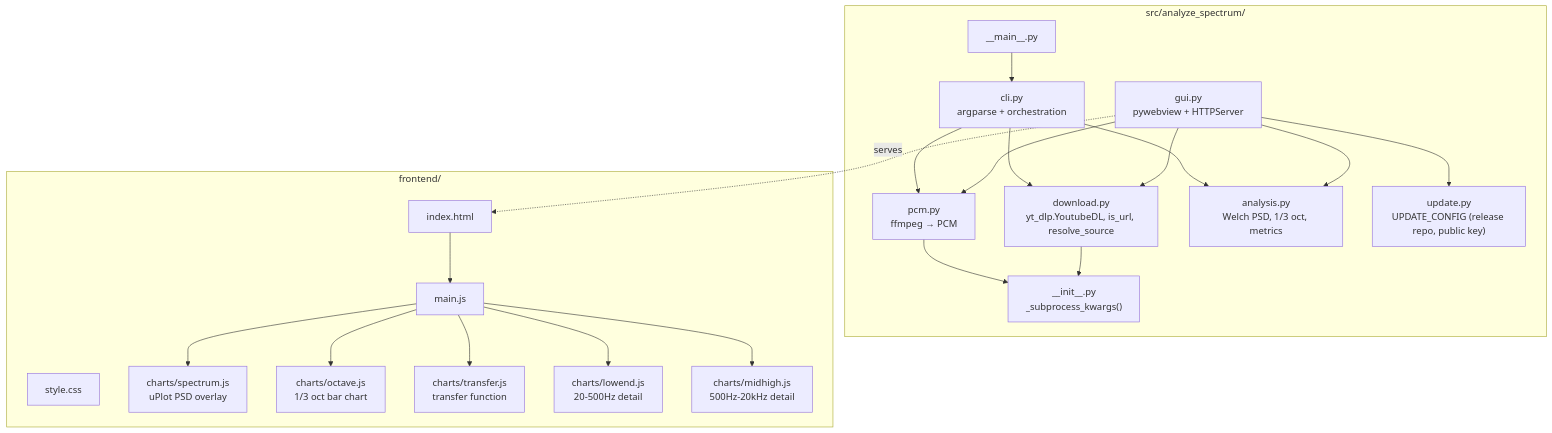
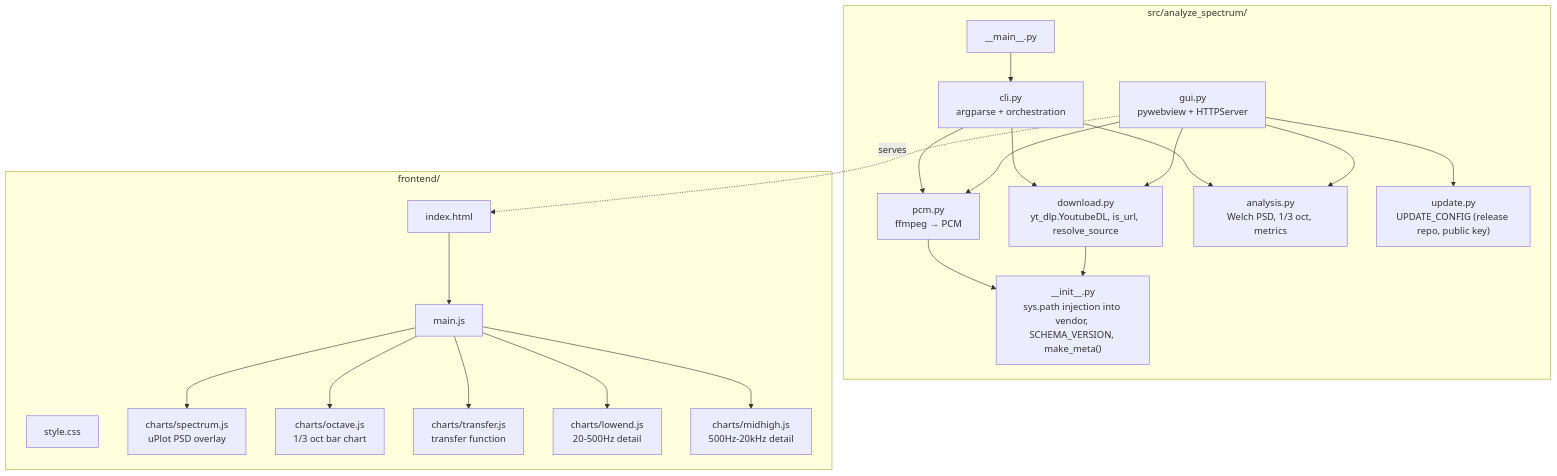
Before and after one commit to semnil/analyze-spectrum: the second of 17 diagrams in docs/architecture.md, drawn with Mermaid. The commit also changed other lines of this file and 1 other file, not shown here.

First line of the commit message:
docs: correct stale statements in the architecture document

````diff
--- a/docs/architecture.md
+++ b/docs/architecture.md
@@ -36,42 +36,42 @@
 ```mermaid
 graph TD
     subgraph "src/analyze_spectrum/"
-        INIT["__init__.py<br>_subprocess_kwargs()"]
+        INIT["__init__.py<br>sys.path injection into vendor, SCHEMA_VERSION, make_meta()"]
         MAIN["__main__.py"]
         CLI["cli.py<br>argparse + orchestration"]
         GUI["gui.py<br>pywebview + HTTPServer"]
         DL["download.py<br>yt_dlp.YoutubeDL, is_url, resolve_source"]
         PCM["pcm.py<br>ffmpeg → PCM"]
         ANA["analysis.py<br>Welch PSD, 1/3 oct, metrics"]
         UPD["update.py<br>UPDATE_CONFIG (release repo, public key)"]
     end
 
     subgraph "frontend/"
         HTML["index.html"]
         JS["main.js"]
         CSS["style.css"]
         SP["charts/spectrum.js<br>uPlot PSD overlay"]
         OC["charts/octave.js<br>1/3 oct bar chart"]
         TF["charts/transfer.js<br>transfer function"]
         LE["charts/lowend.js<br>20-500Hz detail"]
         MH["charts/midhigh.js<br>500Hz-20kHz detail"]
     end
 
     MAIN --> CLI
     CLI --> DL
     CLI --> PCM
     CLI --> ANA
     GUI --> DL
     GUI --> PCM
     GUI --> ANA
     GUI --> UPD
     GUI -.->|"serves"| HTML
     HTML --> JS
     JS --> SP
     JS --> OC
     JS --> TF
     JS --> LE
     JS --> MH
     PCM --> INIT
     DL --> INIT
 ```
````
